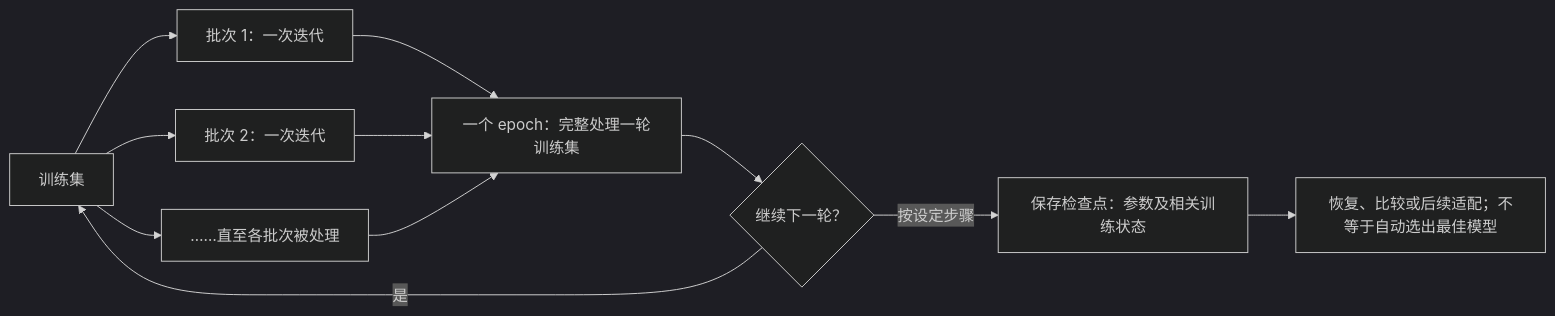
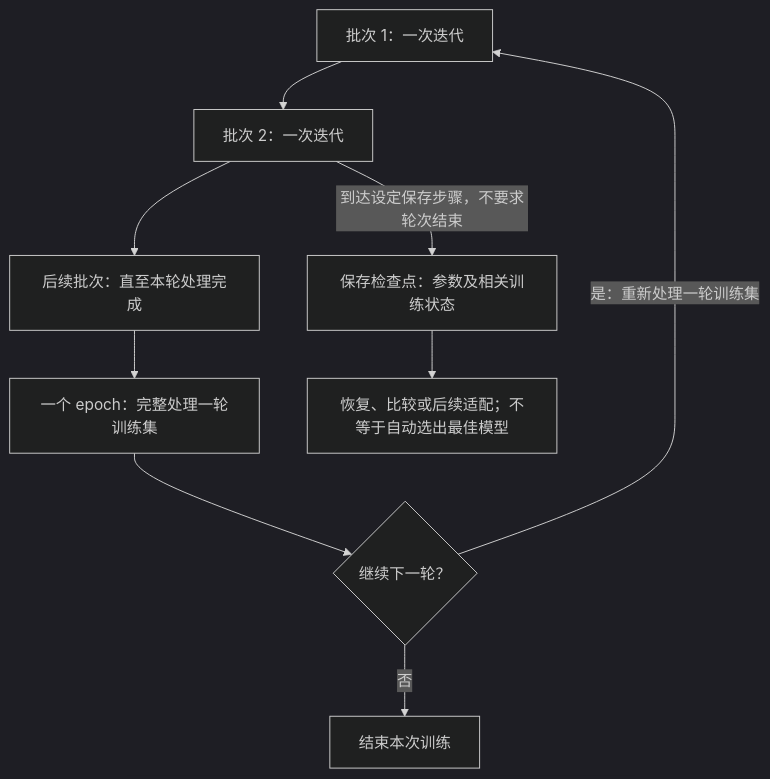
Before and after one commit to X-lab2017/AIOS101: the fifth of 7 diagrams in textbook/chapters/CH04-data-to-models.md, drawn with Mermaid (dark theme). The commit also changed other lines of this file and 63 other files, not shown here.

````diff
--- a/textbook/chapters/CH04-data-to-models.md
+++ b/textbook/chapters/CH04-data-to-models.md
@@ -258,13 +258,11 @@
 ```mermaid
-flowchart LR
-    E["训练集"] --> B1["批次 1：一次迭代"]
-    E --> B2["批次 2：一次迭代"]
-    E --> B3["……直至各批次被处理"]
-    B1 --> R["一个 epoch：完整处理一轮训练集"]
-    B2 --> R
-    B3 --> R
+flowchart TD
+    B1["批次 1：一次迭代"] --> B2["批次 2：一次迭代"]
+    B2 --> B3["后续批次：直至本轮处理完成"]
+    B3 --> R["一个 epoch：完整处理一轮训练集"]
     R --> N{"继续下一轮？"}
-    N -->|是| E
-    N -->|按设定步骤| C["保存检查点：参数及相关训练状态"]
+    N -->|是：重新处理一轮训练集| B1
+    N -->|否| E["结束本次训练"]
+    B2 -->|到达设定保存步骤，不要求轮次结束| C["保存检查点：参数及相关训练状态"]
     C --> V["恢复、比较或后续适配；不等于自动选出最佳模型"]
 ```
````
